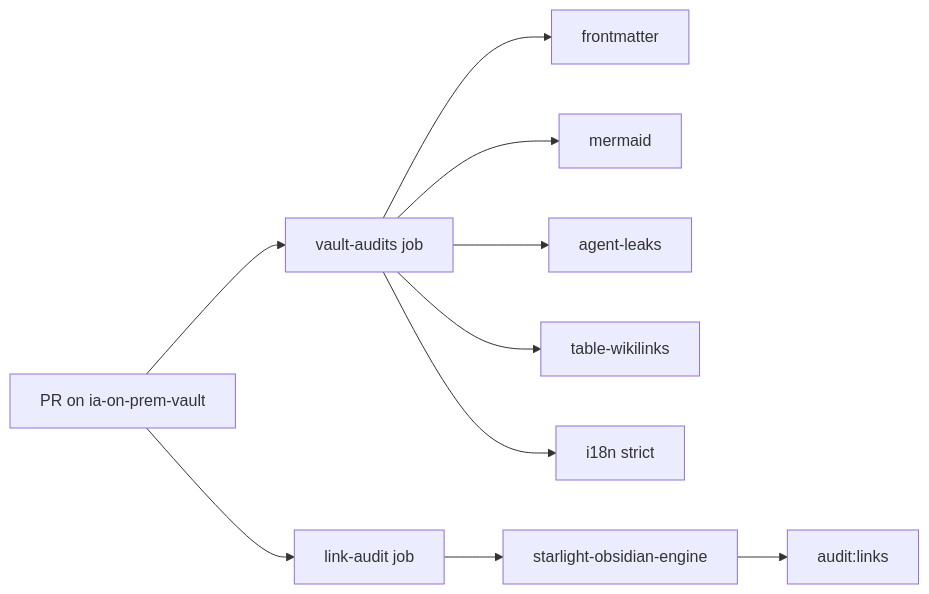
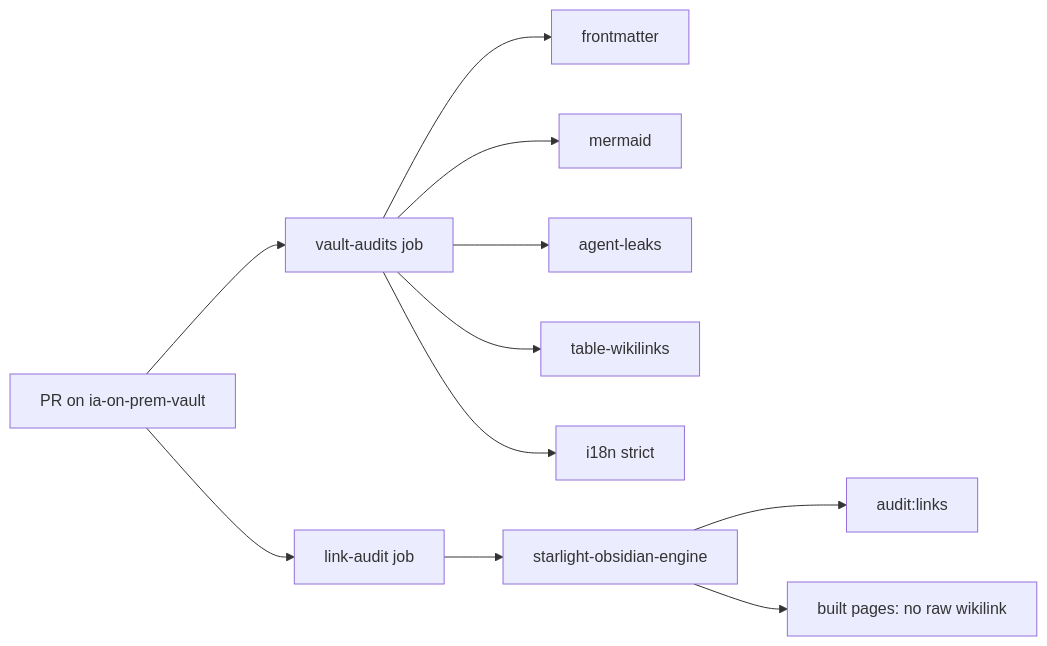
One commit to DamienBecherini/ia-on-prem-vault changed the diagram in docs/quality-checks.md. Above: the diagram before and after it, drawn with Mermaid. The commit also changed other lines of this file and 6 other files, not shown here.

Commit message:
chore(ci): document the table wikilink rule and check for raw wikilinks in built pages (#67)

````diff
--- a/docs/quality-checks.md
+++ b/docs/quality-checks.md
@@ -17,12 +17,13 @@
 ```mermaid
 flowchart LR
   PR[PR on ia-on-prem-vault] --> VA[vault-audits job]
   PR --> LA[link-audit job]
   VA --> T1[frontmatter]
   VA --> T2[mermaid]
   VA --> T3[agent-leaks]
   VA --> T5[table-wikilinks]
   VA --> T4[i18n strict]
   LA --> ENG[starlight-obsidian-engine]
   ENG --> LINKS[audit:links]
+  ENG --> RENDER[built pages: no raw wikilink]
 ```
````
